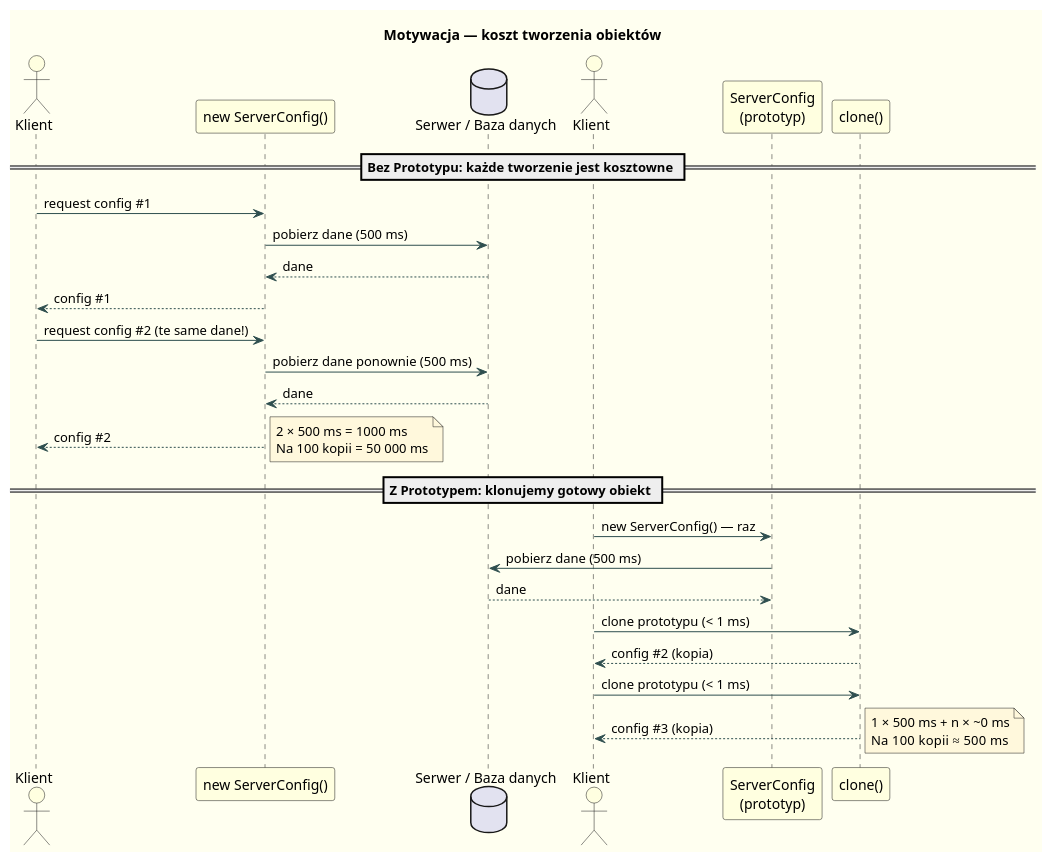
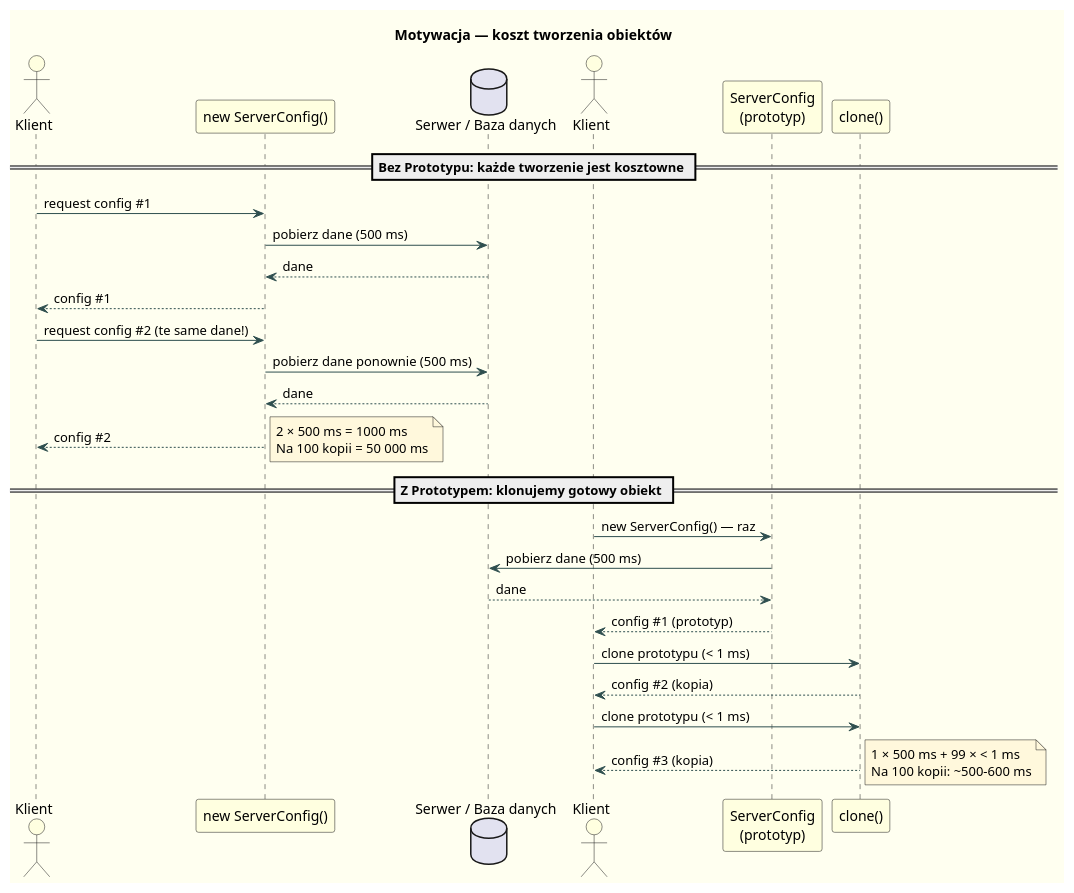
The diagram in src/04-prototyp/01-motywacja/diagrams/prototype_motivation.puml (tborzyszkowski/DesignPatterns), drawn with PlantUML before and after one commit. The commit also changed 1 other file, not shown here.

Commit message:
Update README and diagram to clarify performance cost of Prototype pattern for multiple instances

```diff
--- a/src/04-prototyp/01-motywacja/diagrams/prototype_motivation.puml
+++ b/src/04-prototyp/01-motywacja/diagrams/prototype_motivation.puml
@@ -1,58 +1,59 @@
 @startuml prototype_motivation
 skinparam backgroundColor #FFFFF0
 skinparam sequence {
   BackgroundColor LightYellow
   BorderColor DarkSlateGray
   ArrowColor DarkSlateGray
   ActorBackgroundColor LightYellow
   ParticipantBackgroundColor LightYellow
 }
 skinparam note {
   BackgroundColor #FFF8DC
 }
 
 title Motywacja — koszt tworzenia obiektów
 
 == Bez Prototypu: każde tworzenie jest kosztowne ==
 
 actor Klient
 participant "new ServerConfig()" as C1
 database "Serwer / Baza danych" as DB
 
 Klient -> C1 : request config #1
 C1 -> DB : pobierz dane (500 ms)
 DB --> C1 : dane
 C1 --> Klient : config #1
 
 Klient -> C1 : request config #2 (te same dane!)
 C1 -> DB : pobierz dane ponownie (500 ms)
 DB --> C1 : dane
 C1 --> Klient : config #2
 
 note right
   2 × 500 ms = 1000 ms
   Na 100 kopii = 50 000 ms
 end note
 
 == Z Prototypem: klonujemy gotowy obiekt ==
 
 actor Klient2 as "Klient"
 participant "ServerConfig\n(prototyp)" as Proto
 participant "clone()" as Clone
 
 Klient2 -> Proto : new ServerConfig() — raz
 Proto -> DB : pobierz dane (500 ms)
 DB --> Proto : dane
+Proto --> Klient2 : config #1 (prototyp)
 
 Klient2 -> Clone : clone prototypu (< 1 ms)
 Clone --> Klient2 : config #2 (kopia)
 
 Klient2 -> Clone : clone prototypu (< 1 ms)
 Clone --> Klient2 : config #3 (kopia)
 
 note right
-  1 × 500 ms + n × ~0 ms
-  Na 100 kopii ≈ 500 ms
+  1 × 500 ms + 99 × < 1 ms
+  Na 100 kopii: ~500-600 ms
 end note
 
 @enduml
```
